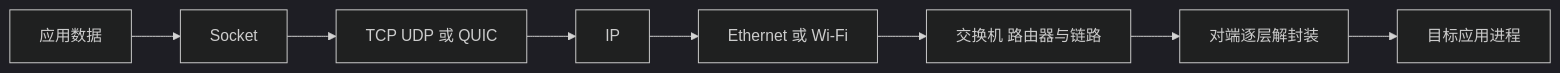
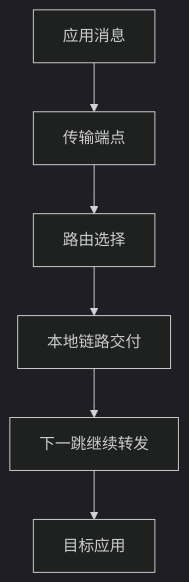
The diagram in 05_interview/fundamentals/cs-core/computer-network/index.md (ranxi2001/zero2Leetcode), drawn with Mermaid (dark theme) before and after one commit. The commit also changed other lines of this file and 38 other files, not shown here.

````diff
--- a/05_interview/fundamentals/cs-core/computer-network/index.md
+++ b/05_interview/fundamentals/cs-core/computer-network/index.md
@@ -13,10 +16,8 @@
 ```mermaid
-flowchart LR
-    A["应用数据"] --> B["Socket"]
-    B --> C["TCP UDP 或 QUIC"]
-    C --> D["IP"]
-    D --> E["Ethernet 或 Wi-Fi"]
-    E --> F["交换机 路由器与链路"]
-    F --> G["对端逐层解封装"]
-    G --> H["目标应用进程"]
+flowchart TD
+    A[应用消息] --> B[传输端点]
+    B --> C[路由选择]
+    C --> D[本地链路交付]
+    D --> E[下一跳继续转发]
+    E --> F[目标应用]
 ```
````
